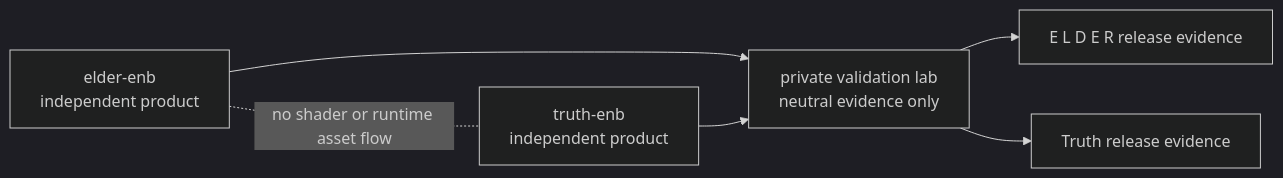
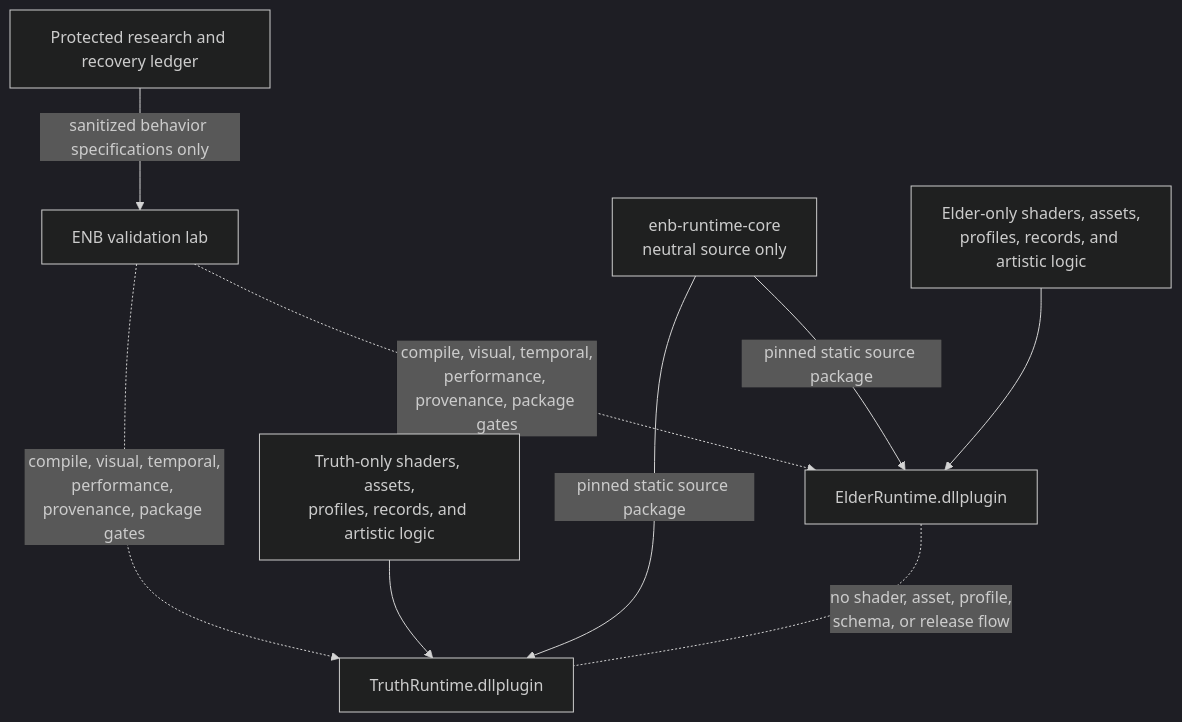
The diagram in docs/superpowers/specs/2026-07-14-elder-truth-enb-design.md (HarperZ9/elder-enb), drawn with Mermaid (dark theme) before and after one commit. The commit also changed other lines of this file and 1 other file, not shown here.

Commit message:
docs: define Elder and Truth ENB architecture

````diff
--- a/docs/superpowers/specs/2026-07-14-elder-truth-enb-design.md
+++ b/docs/superpowers/specs/2026-07-14-elder-truth-enb-design.md
@@ -113,8 +224,11 @@
 ```mermaid
-flowchart LR
-    E["elder-enb\nindependent product"] --> V["private validation lab\nneutral evidence only"]
-    T["truth-enb\nindependent product"] --> V
-    V --> ER["E L D E R release evidence"]
-    V --> TR["Truth release evidence"]
-    E -. "no shader or runtime asset flow" .- T
+flowchart TB
+    P["Protected research and recovery ledger"] -->|"sanitized behavior specifications only"| V["ENB validation lab"]
+    C["enb-runtime-core<br/>neutral source only"] -->|"pinned static source package"| E["ElderRuntime.dllplugin"]
+    C -->|"pinned static source package"| T["TruthRuntime.dllplugin"]
+    EA["Elder-only shaders, assets,<br/>profiles, records, and artistic logic"] --> E
+    TA["Truth-only shaders, assets,<br/>profiles, records, and artistic logic"] --> T
+    V -. "compile, visual, temporal,<br/>performance, provenance, package gates" .-> E
+    V -. "compile, visual, temporal,<br/>performance, provenance, package gates" .-> T
+    E -.-|"no shader, asset, profile,<br/>schema, or release flow"| T
 ```
````
